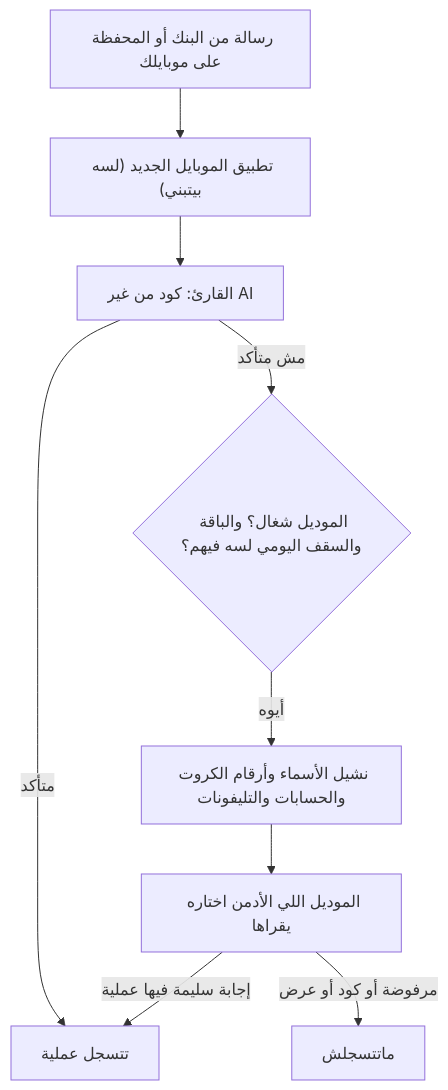
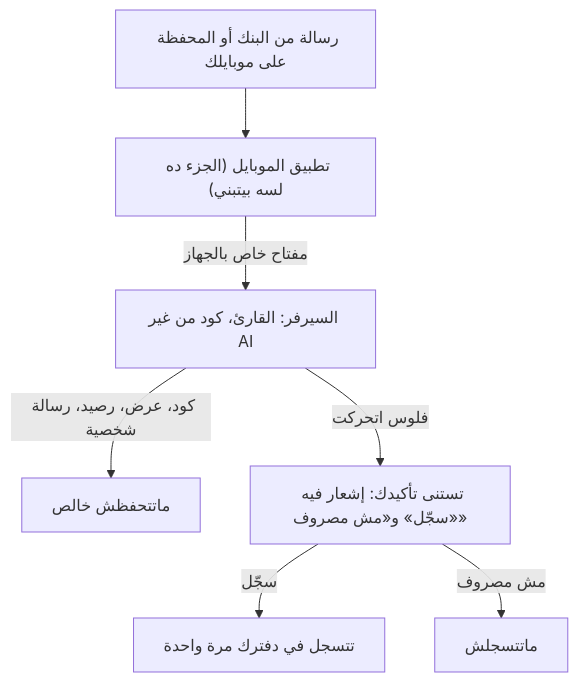
The diagram in docs/ar/systems/bank-messages.md (mahmoudtaherr111/smartspend_mini_all), drawn with Mermaid before and after one commit. The commit also changed other lines of this file and 50 other files, not shown here.

````diff
--- a/docs/ar/systems/bank-messages.md
+++ b/docs/ar/systems/bank-messages.md
@@ -21,11 +23,9 @@
 ```mermaid
 flowchart TD
-  A["رسالة من البنك أو المحفظة على موبايلك"] --> B["تطبيق الموبايل الجديد (لسه بيتبني)"]
-  B --> C["القارئ: كود من غير AI"]
-  C -->|"متأكد"| H["تتسجل عملية"]
-  C -->|"مش متأكد"| K{"الموديل شغال؟ والباقة والسقف اليومي لسه فيهم؟"}
-  K -->|"أيوه"| M["نشيل الأسماء وأرقام الكروت والحسابات والتليفونات"]
-  M --> G["الموديل اللي الأدمن اختاره يقراها"]
-  G -->|"إجابة سليمة فيها عملية"| H
-  G -->|"مرفوضة أو كود أو عرض"| I["ماتتسجلش"]
+  A["رسالة من البنك أو المحفظة على موبايلك"] --> B["تطبيق الموبايل (الجزء ده لسه بيتبني)"]
+  B -->|"مفتاح خاص بالجهاز"| C["السيرفر: القارئ، كود من غير AI"]
+  C -->|"كود، عرض، رصيد، رسالة شخصية"| I["ماتتحفظش خالص"]
+  C -->|"فلوس اتحركت"| R["تستنى تأكيدك: إشعار فيه «سجّل» و«مش مصروف»"]
+  R -->|"سجّل"| H["تتسجل في دفترك مرة واحدة"]
+  R -->|"مش مصروف"| D["ماتتسجلش"]
 ```
````
